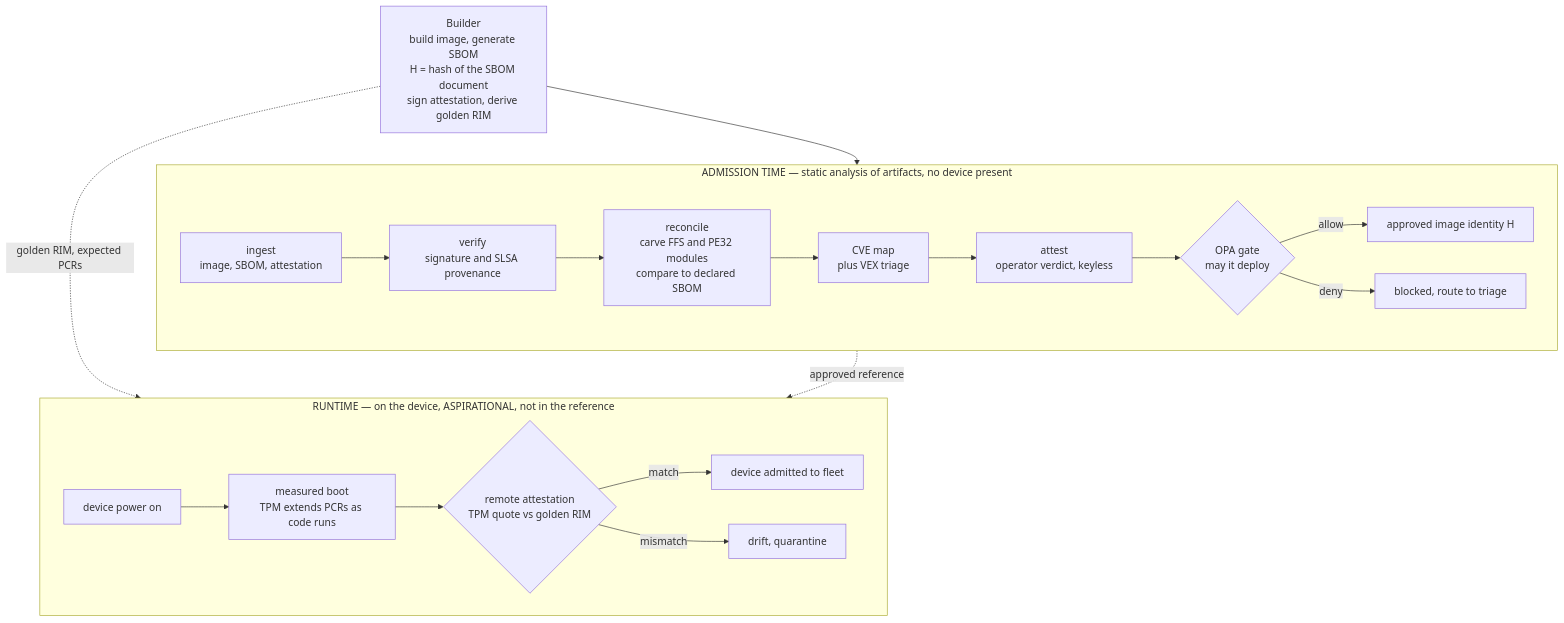
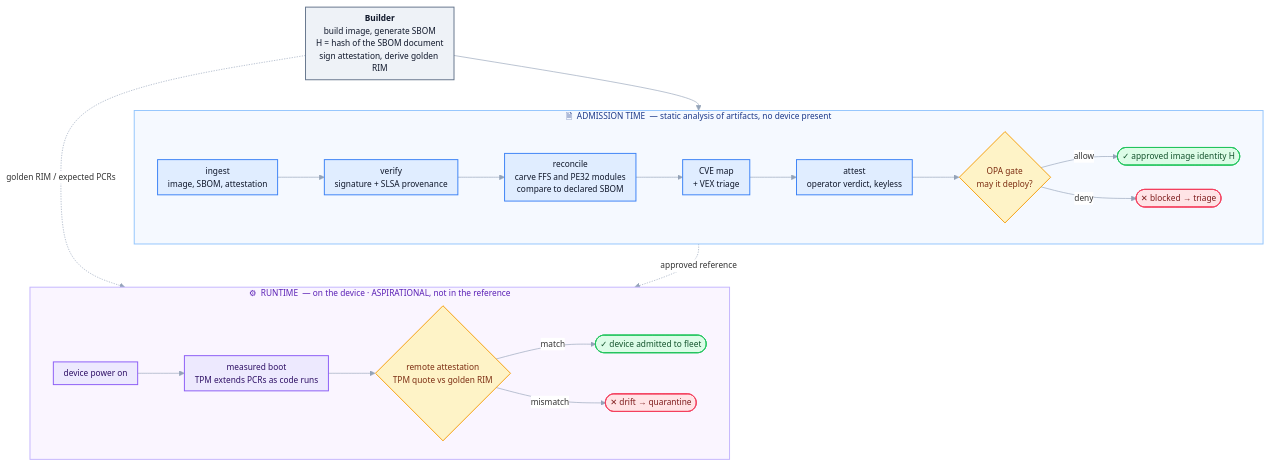
One commit to houdini91/firmware-sbom-supplychain changed the second of 3 diagrams in DESIGN.md. Above: the diagram before and after it, drawn with Mermaid. The commit also changed other lines of this file, not shown here.

Commit message:
DESIGN: Restyle the three mermaid diagrams
Cohesive palette and clearer visuals, verified by rendering all three
with mermaid-cli:
- Semantic colors: green approved/trusted, red blocked/drift, amber
  decision nodes, slate builder, blue admission, violet runtime.
- Two-clock hero: tinted admission vs runtime subgraph cards so the
  boundary reads at a glance; stadium outcome nodes with check/cross.
- Theme-robust: forced base theme with mid-gray line color and white
  edge-label backgrounds, so labels stay legible on GitHub light and
  dark. Bold titles, smoother (basis) edges, tighter spacing.

Diagram semantics are unchanged from the prior commit; this is styling
only.

````diff
--- a/DESIGN.md
+++ b/DESIGN.md
@@ -86,32 +95,47 @@
 ```mermaid
+%%{init: {"theme":"base","themeVariables":{"fontFamily":"ui-sans-serif, system-ui, -apple-system, sans-serif","fontSize":"13px","lineColor":"#94a3b8","edgeLabelBackground":"#ffffff","clusterBorder":"#cbd5e1"},"flowchart":{"curve":"basis","htmlLabels":true,"nodeSpacing":38,"rankSpacing":48,"padding":8}}}%%
 flowchart TB
-  BLD["Builder<br/>build image, generate SBOM<br/>H = hash of the SBOM document<br/>sign attestation, derive golden RIM"]
-  subgraph ADM["ADMISSION TIME — static analysis of artifacts, no device present"]
+  BLD["<b>Builder</b><br/>build image, generate SBOM<br/>H = hash of the SBOM document<br/>sign attestation, derive golden RIM"]
+  subgraph ADM["🗎 &nbsp;ADMISSION TIME&nbsp; — static analysis of artifacts, no device present"]
     direction LR
     ING["ingest<br/>image, SBOM, attestation"]
-    VER["verify<br/>signature and SLSA provenance"]
+    VER["verify<br/>signature + SLSA provenance"]
     REC["reconcile<br/>carve FFS and PE32 modules<br/>compare to declared SBOM"]
-    CVE["CVE map<br/>plus VEX triage"]
+    CVE["CVE map<br/>+ VEX triage"]
     ATT["attest<br/>operator verdict, keyless"]
-    GATE{"OPA gate<br/>may it deploy"}
-    OK["approved image identity H"]
-    NO["blocked, route to triage"]
+    GATE{"OPA gate<br/>may it deploy?"}
+    OK(["✓ approved image identity H"])
+    NO(["✕ blocked → triage"])
     ING --> VER --> REC --> CVE --> ATT --> GATE
     GATE -->|allow| OK
     GATE -->|deny| NO
   end
-  subgraph RT["RUNTIME — on the device, ASPIRATIONAL, not in the reference"]
+  subgraph RT["⚙ &nbsp;RUNTIME&nbsp; — on the device · ASPIRATIONAL, not in the reference"]
     direction LR
     PWR["device power on"]
     MEAS["measured boot<br/>TPM extends PCRs as code runs"]
     BIND{"remote attestation<br/>TPM quote vs golden RIM"}
-    TRUST["device admitted to fleet"]
-    DRIFT["drift, quarantine"]
+    TRUST(["✓ device admitted to fleet"])
+    DRIFT(["✕ drift → quarantine"])
     PWR --> MEAS --> BIND
     BIND -->|match| TRUST
     BIND -->|mismatch| DRIFT
   end
   BLD --> ING
-  BLD -. golden RIM, expected PCRs .-> BIND
+  BLD -. golden RIM / expected PCRs .-> BIND
   OK -. approved reference .-> BIND
+  classDef builder fill:#eef2f7,stroke:#64748b,stroke-width:1.5px,color:#0f172a;
+  classDef adm fill:#e0edff,stroke:#3b82f6,stroke-width:1.5px,color:#0f172a;
+  classDef decision fill:#fef3c7,stroke:#f59e0b,stroke-width:1.5px,color:#7c2d12;
+  classDef good fill:#dcfce7,stroke:#22c55e,stroke-width:1.5px,color:#14532d;
+  classDef bad fill:#ffe4e6,stroke:#f43f5e,stroke-width:1.5px,color:#7f1d1d;
+  classDef rt fill:#ede9fe,stroke:#8b5cf6,stroke-width:1.5px,color:#2e1065;
+  class BLD builder;
+  class ING,VER,REC,CVE,ATT adm;
+  class GATE,BIND decision;
+  class OK,TRUST good;
+  class NO,DRIFT bad;
+  class PWR,MEAS rt;
+  style ADM fill:#f5f9ff,stroke:#93c5fd,stroke-width:1.5px,color:#1e3a8a;
+  style RT fill:#faf5ff,stroke:#c4b5fd,stroke-width:1.5px,color:#5b21b6;
 ```
````
